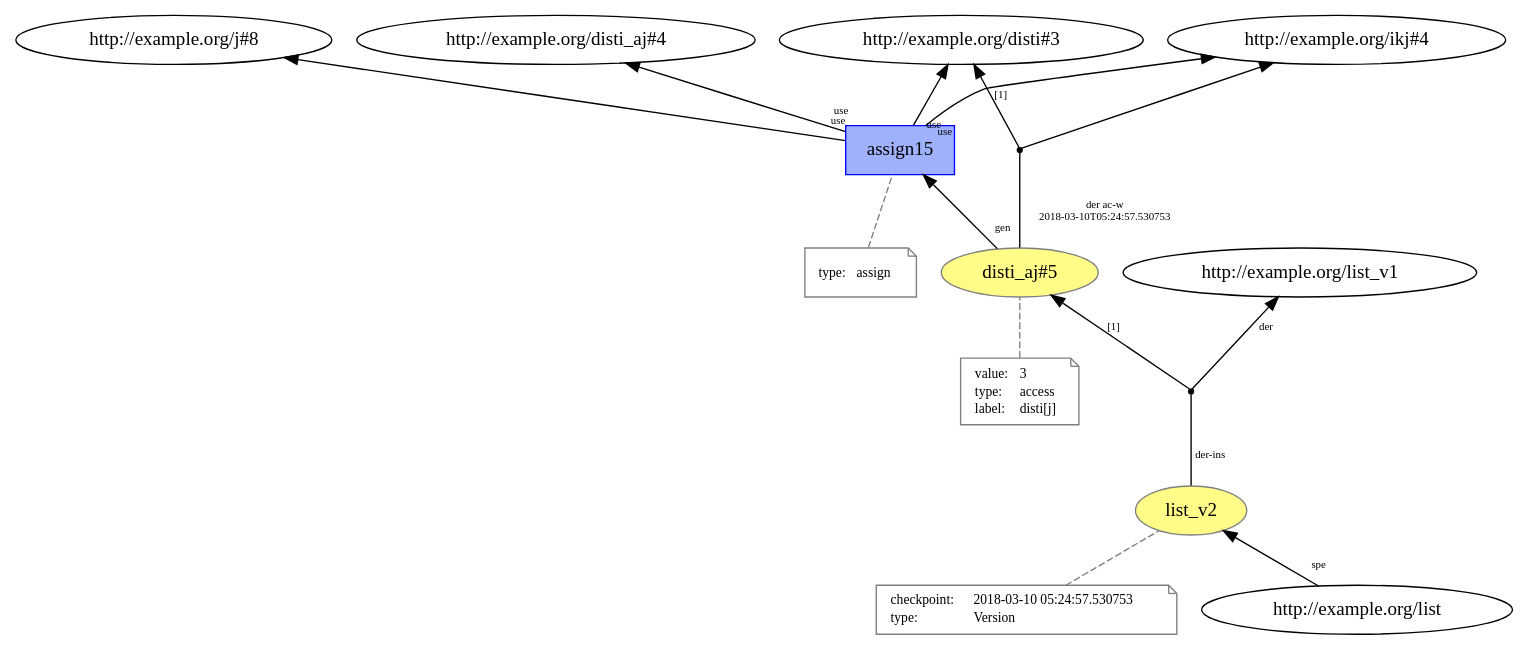
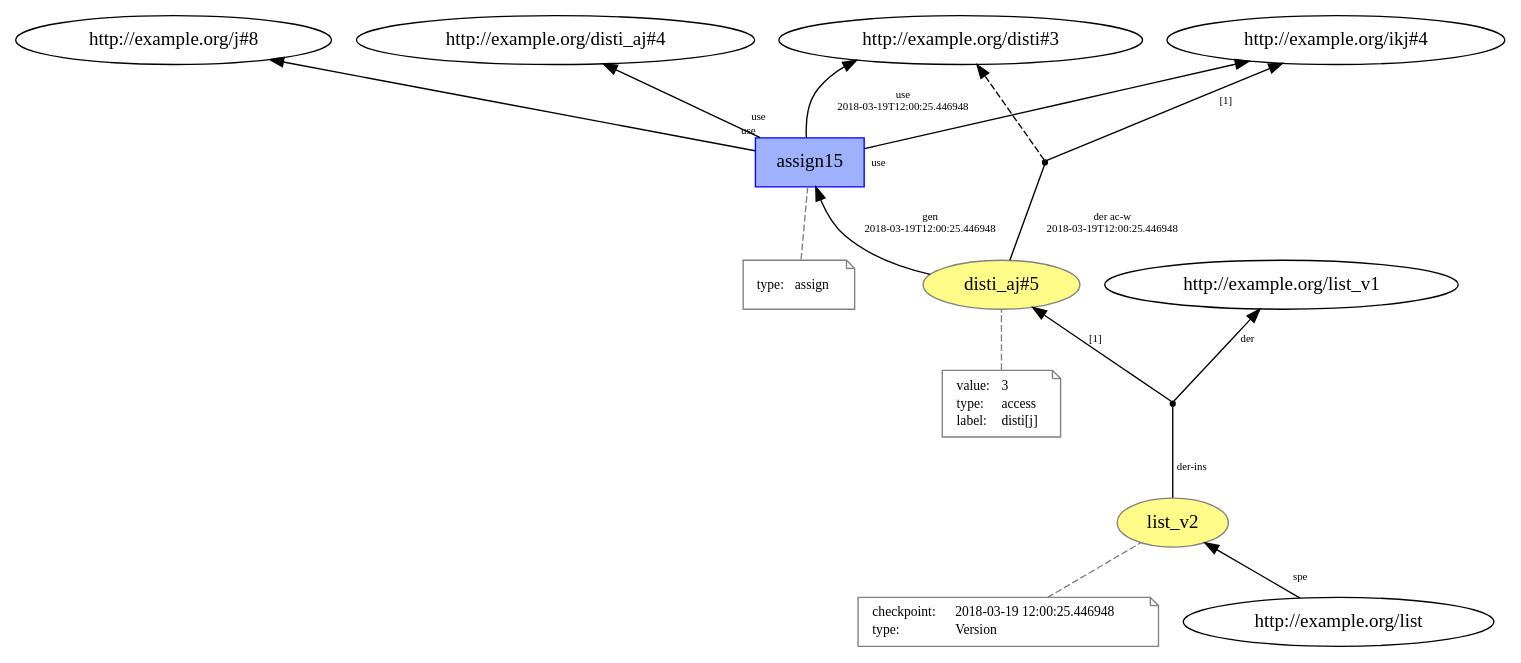
Before and after one commit to dew-uff/versioned-prov: the diagram in generated/intertwined_prov/temp/L21__part_assign_with_propagation.dot, drawn with Graphviz. The commit also changed 619 other files, not shown here.

```diff
--- a/generated/intertwined_prov/temp/L21__part_assign_with_propagation.dot
+++ b/generated/intertwined_prov/temp/L21__part_assign_with_propagation.dot
@@ -1,53 +1,55 @@
 digraph "PROV" { size="16,12"; rankdir="BT";
 "http://example.org/disti_aj#5" [fillcolor="#FFFC87",color="#808080",style="filled",label="disti_aj#5",URL="http://example.org/disti_aj#5"]
 "-attrs0" [color="gray",shape="note",fontsize="10",fontcolor="black",label=<<TABLE cellpadding="0" border="0">
 	<TR>
 	    <TD align="left">value:</TD>
 	    <TD align="left">3</TD>
 	</TR>
 	<TR>
 	    <TD align="left">type:</TD>
 	    <TD align="left">access</TD>
 	</TR>
 	<TR>
 	    <TD align="left">label:</TD>
 	    <TD align="left">disti[j]</TD>
 	</TR>
 </TABLE>>]
 "-attrs0" -> "http://example.org/disti_aj#5" [color="gray",style="dashed",arrowhead="none"]
 "http://example.org/list_v2" [fillcolor="#FFFC87",color="#808080",style="filled",label="list_v2",URL="http://example.org/list_v2"]
 "-attrs1" [color="gray",shape="note",fontsize="10",fontcolor="black",label=<<TABLE cellpadding="0" border="0">
 	<TR>
 	    <TD align="left">checkpoint:</TD>
-	    <TD align="left">2018-03-10 05:24:57.530753</TD>
+	    <TD align="left">2018-03-19 12:00:25.446948</TD>
 	</TR>
 	<TR>
 	    <TD align="left">type:</TD>
 	    <TD align="left">Version</TD>
 	</TR>
 </TABLE>>]
 "-attrs1" -> "http://example.org/list_v2" [color="gray",style="dashed",arrowhead="none"]
 "bn0" [shape="point",label=""]
 "http://example.org/list_v2" -> "bn0" [fontsize="8",distance="1.5",angle="60.0",rotation="20",label="der-ins",arrowhead="none"]
 "bn0" -> "http://example.org/list_v1" [fontsize="8",distance="1.5",angle="60.0",rotation="20",label="der"]
 "bn0" -> "http://example.org/disti_aj#5" [fontsize="8",distance="1.5",angle="60.0",rotation="20",label="[1]"]
 "http://example.org/list" -> "http://example.org/list_v2" [labelfontsize="8",labeldistance="1.5",labelangle="60.0",rotation="20",taillabel="spe"]
 "http://example.org/assign15" [fillcolor="#9FB1FC",color="#0000FF",shape="polygon",sides="4",style="filled",label="assign15",URL="http://example.org/assign15"]
 "-attrs2" [color="gray",shape="note",fontsize="10",fontcolor="black",label=<<TABLE cellpadding="0" border="0">
 	<TR>
 	    <TD align="left">type:</TD>
 	    <TD align="left">assign</TD>
 	</TR>
 </TABLE>>]
 "-attrs2" -> "http://example.org/assign15" [color="gray",style="dashed",arrowhead="none"]
 "bn1" [shape="point",label=""]
 "http://example.org/disti_aj#5" -> "bn1" [fontsize="8",distance="1.5",angle="60.0",rotation="20",label="der ac-w
-2018-03-10T05:24:57.530753",arrowhead="none"]
-"bn1" -> "http://example.org/disti#3" [fontsize="8",distance="1.5",angle="60.0",rotation="20",label="[1]"]
-"bn1" -> "http://example.org/ikj#4"
-"http://example.org/assign15" -> "http://example.org/disti#3" [labelfontsize="8",labeldistance="1.5",labelangle="60.0",rotation="20",taillabel="use"]
+2018-03-19T12:00:25.446948",arrowhead="none"]
+"bn1" -> "http://example.org/disti#3" [style="dashed"]
+"bn1" -> "http://example.org/ikj#4" [fontsize="8",distance="1.5",angle="60.0",rotation="20",label="[1]"]
+"http://example.org/assign15" -> "http://example.org/disti#3" [fontsize="8",distance="1.5",angle="60.0",rotation="20",label="use
+2018-03-19T12:00:25.446948"]
 "http://example.org/assign15" -> "http://example.org/j#8" [labelfontsize="8",labeldistance="1.5",labelangle="60.0",rotation="20",taillabel="use"]
 "http://example.org/assign15" -> "http://example.org/disti_aj#4" [labelfontsize="8",labeldistance="1.5",labelangle="60.0",rotation="20",taillabel="use"]
 "http://example.org/assign15" -> "http://example.org/ikj#4" [labelfontsize="8",labeldistance="1.5",labelangle="60.0",rotation="20",taillabel="use"]
-"http://example.org/disti_aj#5" -> "http://example.org/assign15" [labelfontsize="8",labeldistance="1.5",labelangle="60.0",rotation="20",taillabel="gen"]
+"http://example.org/disti_aj#5" -> "http://example.org/assign15" [fontsize="8",distance="1.5",angle="60.0",rotation="20",label="gen
+2018-03-19T12:00:25.446948"]
 }
```
